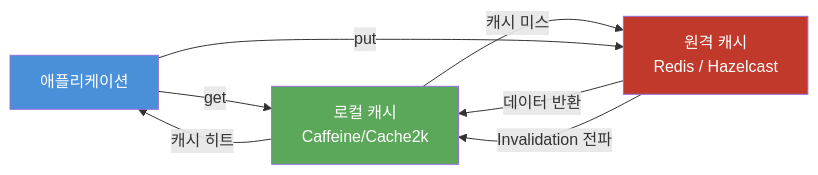
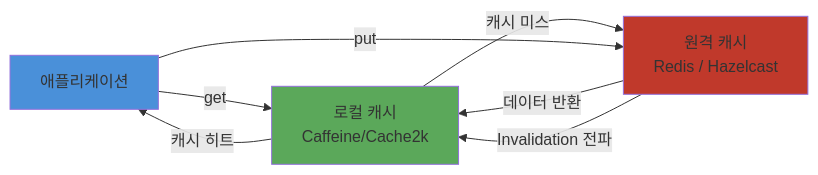
Before and after one commit to bluetape4k/bluetape4k-projects: the second of 2 diagrams in infra/cache/README.md, drawn with Mermaid. The commit also changed other lines of this file and 74 other files, not shown here.

First line of the commit message:
docs: bluetape4k/core/coroutines/logging, io/feign~vertx README 색상 Mermaid UML 추가

````diff
--- a/infra/cache/README.md
+++ b/infra/cache/README.md
@@ -117,13 +117,13 @@
 ```mermaid
 flowchart LR
     App[애플리케이션] -->|get| LocalCache[로컬 캐시<br/>Caffeine/Cache2k]
     LocalCache -->|캐시 히트| App
     LocalCache -->|캐시 미스| RemoteCache[원격 캐시<br/>Redis / Hazelcast]
     RemoteCache -->|데이터 반환| LocalCache
     App -->|put| RemoteCache
     RemoteCache -->|Invalidation 전파| LocalCache
 
-    style LocalCache fill:#5ba85a,color:#fff
-    style RemoteCache fill:#c0392b,color:#fff
-    style App fill:#4a90d9,color:#fff
+    style LocalCache fill:#5ba85a
+    style RemoteCache fill:#c0392b
+    style App fill:#4a90d9
 ```
````
